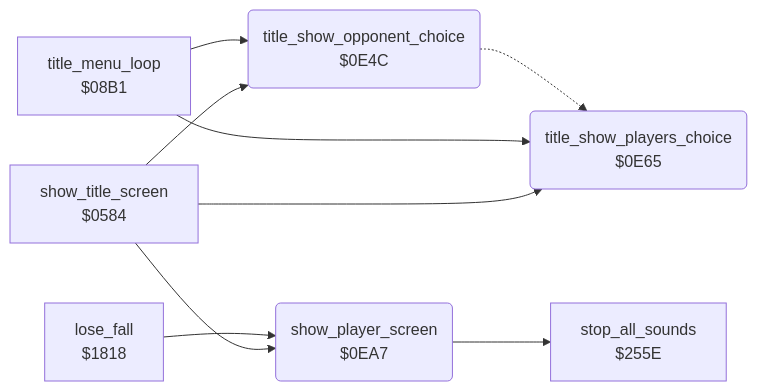
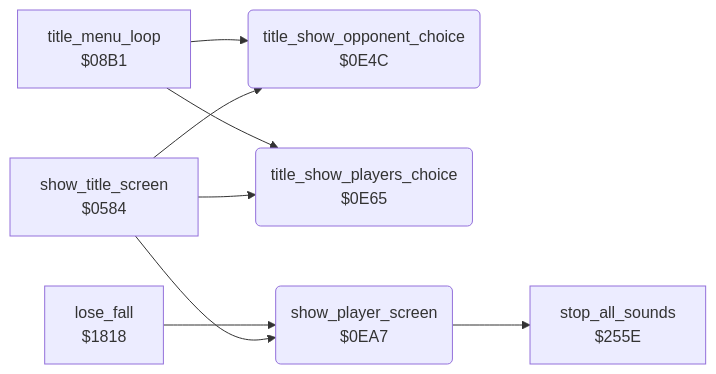
Before and after one commit to henols/c64_games: the diagram in bruce_lee/docs/reference/modules/game/title_player_screens.md, drawn with Mermaid. The commit also changed other lines of this file and 236 other files, not shown here.

````diff
--- a/bruce_lee/docs/reference/modules/game/title_player_screens.md
+++ b/bruce_lee/docs/reference/modules/game/title_player_screens.md
@@ -10,18 +18,17 @@
 ```mermaid
 flowchart LR
   n0584["show_title_screen<br/>$0584"]
   n08b1["title_menu_loop<br/>$08B1"]
   n0e4c("title_show_opponent_choice<br/>$0E4C")
   n0e65("title_show_players_choice<br/>$0E65")
   n0ea7("show_player_screen<br/>$0EA7")
   n1818["lose_fall<br/>$1818"]
   n255e["stop_all_sounds<br/>$255E"]
   n0584 --> n0e4c
   n0584 --> n0e65
   n0584 --> n0ea7
   n08b1 --> n0e4c
   n08b1 --> n0e65
-  n0e4c -.-> n0e65
   n0ea7 --> n255e
   n1818 --> n0ea7
 ```
````
